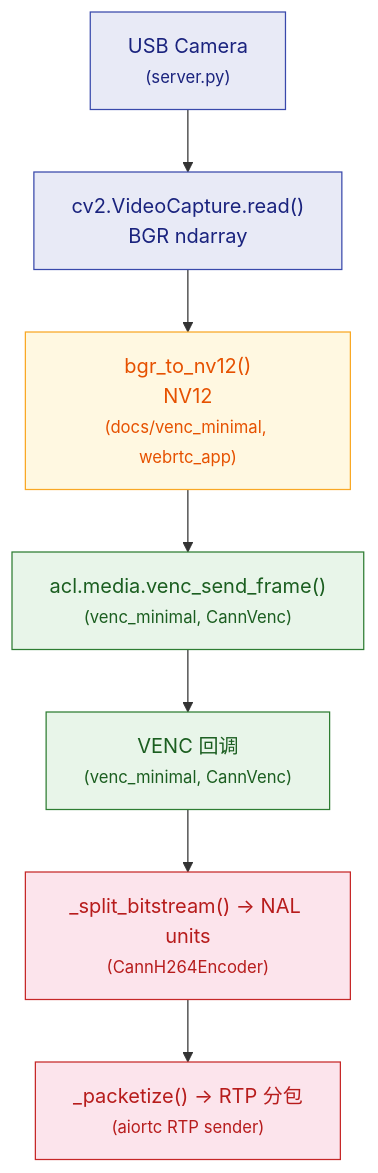
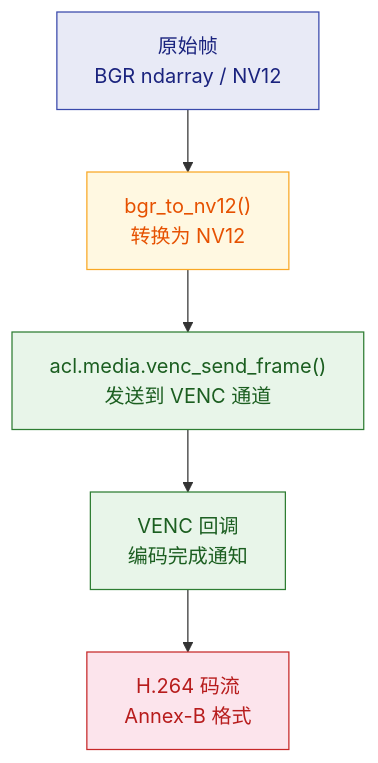
One commit to zhouxzh/Ascend310 changed the second of 4 diagrams in src/book/chapter5.md. Above: the diagram before and after it, drawn with Mermaid. The commit also changed other lines of this file and 25 other files, not shown here.

````diff
--- a/src/book/chapter5.md
+++ b/src/book/chapter5.md
@@ -1107,21 +405,19 @@
 ```mermaid
 flowchart TD
-    CAM["USB Camera<br/><small>(server.py)</small>"]
-    BGR["cv2.VideoCapture.read()<br/>BGR ndarray"]
-    NV12["bgr_to_nv12()<br/>NV12<br/><small>(docs/venc_minimal, webrtc_app)</small>"]
-    SEND["acl.media.venc_send_frame()<br/><small>(venc_minimal, CannVenc)</small>"]
-    CB["VENC 回调<br/><small>(venc_minimal, CannVenc)</small>"]
-    NAL["_split_bitstream() → NAL units<br/><small>(CannH264Encoder)</small>"]
-    RTP["_packetize() → RTP 分包<br/><small>(aiortc RTP sender)</small>"]
+    SRC["原始帧<br/>BGR ndarray / NV12"]
+    NV12["bgr_to_nv12()<br/>转换为 NV12"]
+    SEND["acl.media.venc_send_frame()<br/>发送到 VENC 通道"]
+    CB["VENC 回调<br/>编码完成通知"]
+    OUT["H.264 码流<br/>Annex-B 格式"]
 
-    CAM --> BGR --> NV12 --> SEND --> CB --> NAL --> RTP
+    SRC --> NV12 --> SEND --> CB --> OUT
 
-    classDef capture fill:#e8eaf6,stroke:#3949ab,color:#1a237e
+    classDef input fill:#e8eaf6,stroke:#3949ab,color:#1a237e
     classDef convert fill:#fff8e1,stroke:#f9a825,color:#e65100
     classDef encode fill:#e8f5e9,stroke:#2e7d32,color:#1b5e20
-    classDef net fill:#fce4ec,stroke:#c62828,color:#b71c1c
-    class CAM,BGR capture
+    classDef output fill:#fce4ec,stroke:#c62828,color:#b71c1c
+    class SRC input
     class NV12 convert
     class SEND,CB encode
-    class NAL,RTP net
+    class OUT output
 ```
````
